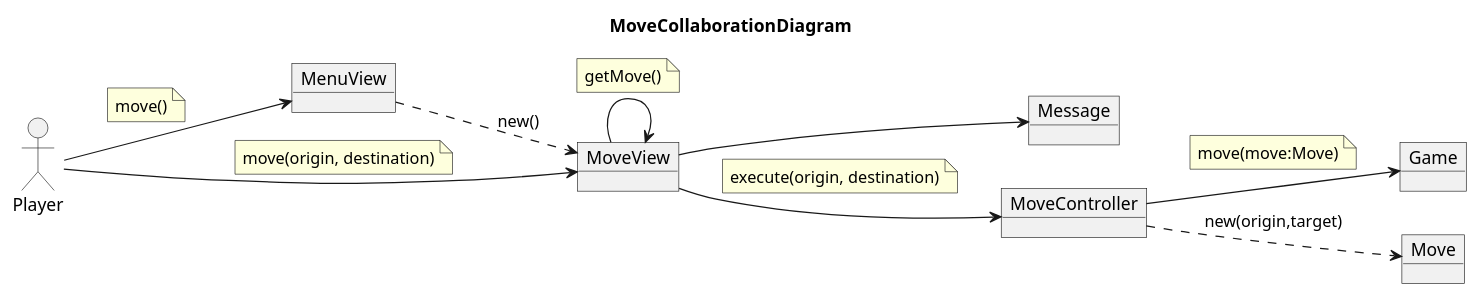
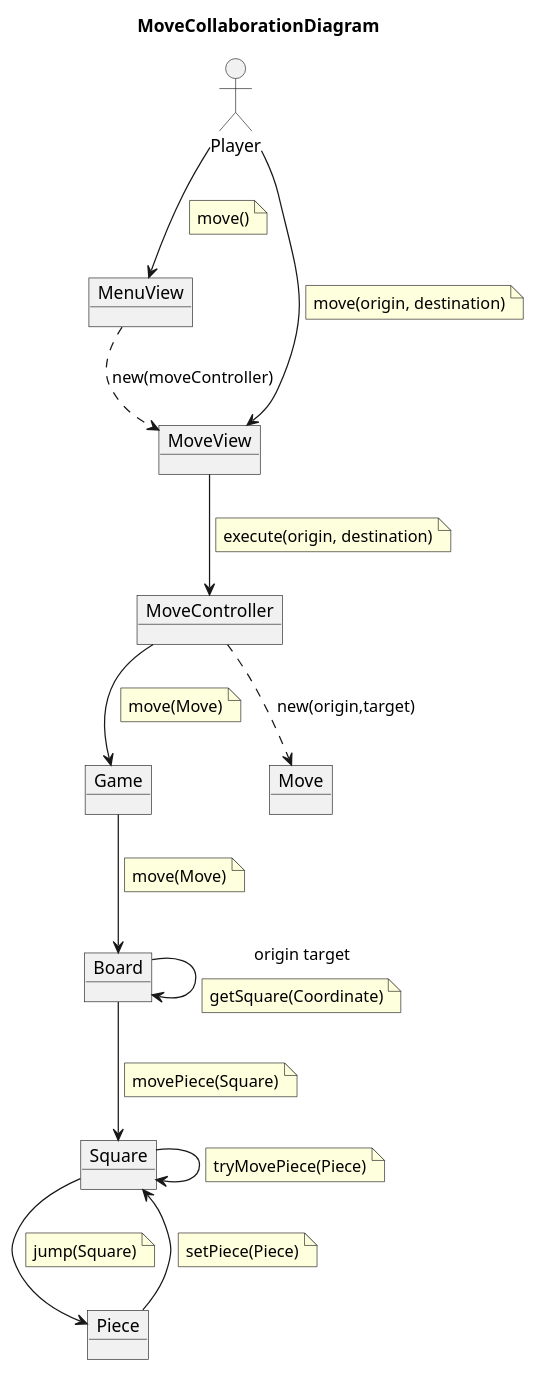
One commit to Master-Desarrollo-20-21/patrones-diseno---practica-final---juego-de-las-damas-fraylopez changed the diagram in docs/src/analysis/use-cases/move-colab.plantuml. Above: the diagram before and after it, drawn with PlantUML.

Commit message:
Move collaboration diagram proposal

```diff
--- a/docs/src/analysis/use-cases/move-colab.plantuml
+++ b/docs/src/analysis/use-cases/move-colab.plantuml
@@ -1,45 +1,69 @@
 @startuml MoveCollaborationDiagram
 title MoveCollaborationDiagram
-left to right direction
 
 allow_mixing
-left to right direction
+' left to right direction
+
 actor Player
 object MenuView
 object MoveView
-object Message
 object MoveController
 object Game
 object Move
+object Board
+object Piece
+object Square
 
 Player --> MenuView
 note on link
     move()
 end note
-MenuView ..> MoveView : new()
+MenuView ..> MoveView : new(moveController)
 
 Player --> MoveView
 note on link
     move(origin, destination)
-end note
-
-MoveView --> MoveView
-note on link
-    getMove()
 end note
 
 MoveView --> MoveController
 note on link
     execute(origin, destination)
 end note
 
-MoveView --> Message
-
-
 MoveController --> Game
 note on link
-    move(move:Move)
+    move(Move)
 end note
 
 MoveController ..> Move : new(origin,target)
+
+Game --> Board
+note on link
+    move(Move)
+end note
+
+Square --> Piece
+note on link
+    jump(Square)
+end note
+
+Board --> Board : origin target
+note on link
+    getSquare(Coordinate)
+end note
+
+Board --> Square
+note on link
+    movePiece(Square)
+end note
+
+Square --> Square
+note on link
+    tryMovePiece(Piece)
+end note
+
+Piece --> Square
+note on link
+    setPiece(Piece)
+end note
 @enduml
```
